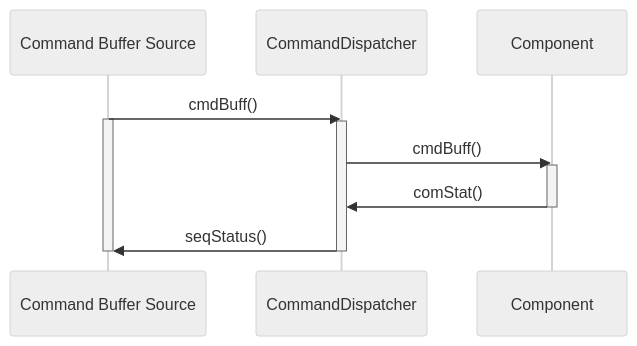
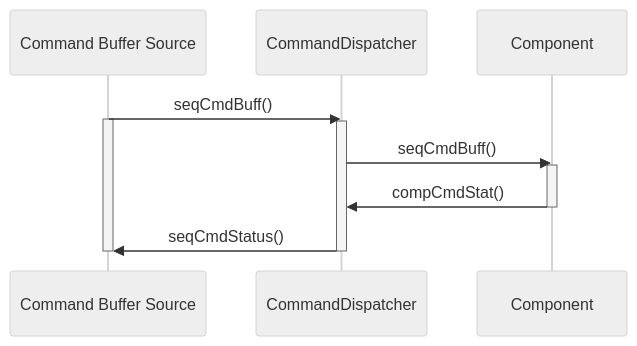
One commit to nasa/fprime changed the second of 2 diagrams in Svc/CmdDispatcher/docs/sdd.md. Above: the diagram before and after it, drawn with Mermaid (neutral theme). The commit also changed other lines of this file and 1 other file, not shown here.

Commit message:
Clarify invocation of seqCmdStatus port in CmdDispatcher

````diff
--- a/Svc/CmdDispatcher/docs/sdd.md
+++ b/Svc/CmdDispatcher/docs/sdd.md
@@ -79,13 +81,13 @@
 ```mermaid
 sequenceDiagram
-    Command Buffer Source->>CommandDispatcher: cmdBuff()
+    Command Buffer Source->>CommandDispatcher: seqCmdBuff()
     activate Command Buffer Source
     activate CommandDispatcher
-    CommandDispatcher->>Component: cmdBuff()
+    CommandDispatcher->>Component: seqCmdBuff()
     activate Component
-    Component->>CommandDispatcher: comStat()
+    Component->>CommandDispatcher: compCmdStat()
     deactivate Component
-    CommandDispatcher->>Command Buffer Source: seqStatus()
+    CommandDispatcher->>Command Buffer Source: seqCmdStatus()
     deactivate CommandDispatcher
     deactivate Command Buffer Source
 ```
````
